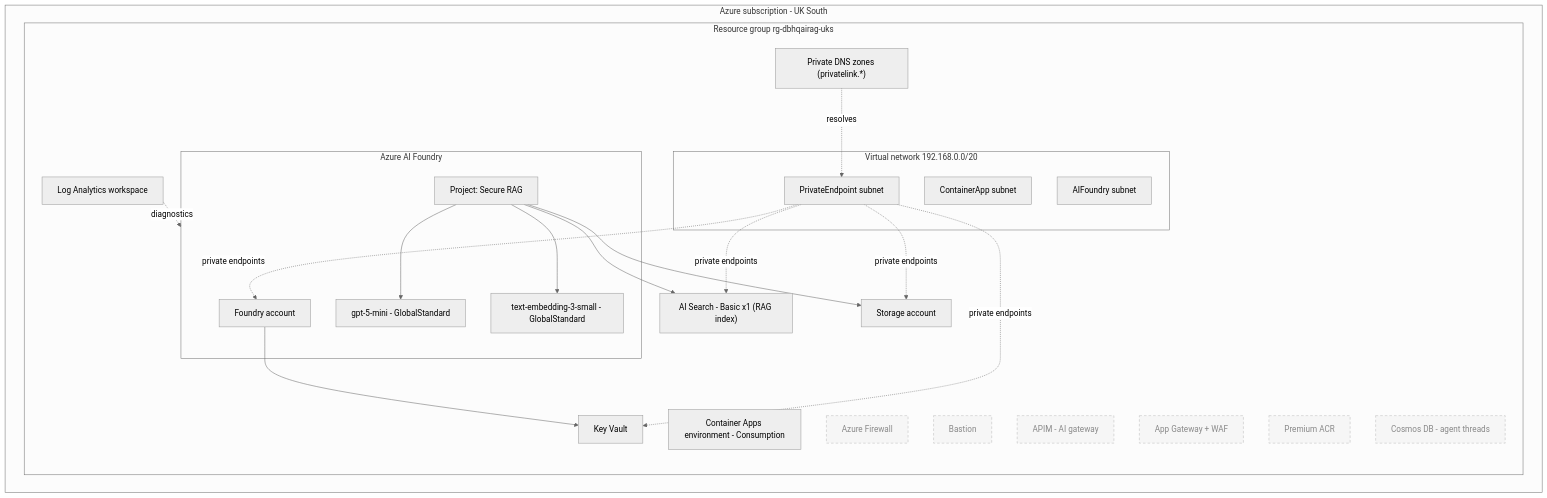
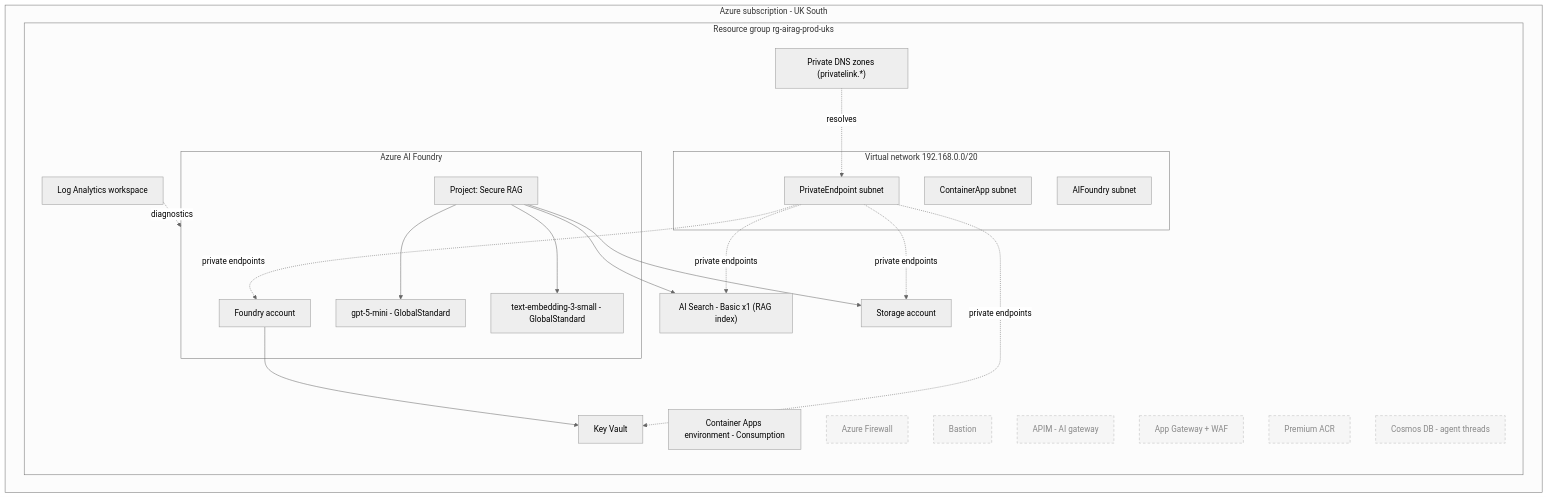
Before and after one commit to dbhq-uk/ai-landing-zone-starter: the diagram in README.md, drawn with Mermaid (neutral theme). The commit also changed other lines of this file and 5 other files, not shown here.

````diff
--- a/README.md
+++ b/README.md
@@ -23,47 +23,47 @@
 ```mermaid
 graph TD
   subgraph SUB["Azure subscription - UK South"]
-    subgraph RG["Resource group rg-dbhqairag-uks"]
+    subgraph RG["Resource group rg-airag-prod-uks"]
       subgraph VNET["Virtual network 192.168.0.0/20"]
         PE["PrivateEndpoint subnet"]
         CAE_SN["ContainerApp subnet"]
         AF_SN["AIFoundry subnet"]
       end
 
       subgraph FOUNDRY["Azure AI Foundry"]
         ACCT["Foundry account"]
         PROJ["Project: Secure RAG"]
         GPT["gpt-5-mini - GlobalStandard"]
         EMB["text-embedding-3-small - GlobalStandard"]
       end
 
       SEARCH["AI Search - Basic x1 (RAG index)"]
       KV["Key Vault"]
       STG["Storage account"]
       CAE["Container Apps environment - Consumption"]
       LAW["Log Analytics workspace"]
       DNS["Private DNS zones (privatelink.*)"]
 
       FW["Azure Firewall"]:::off
       BAS["Bastion"]:::off
       APIM["APIM - AI gateway"]:::off
       AGW["App Gateway + WAF"]:::off
       ACR["Premium ACR"]:::off
       COSMOS["Cosmos DB - agent threads"]:::off
     end
   end
 
   PROJ --> GPT
   PROJ --> EMB
   PROJ --> SEARCH
   PROJ --> STG
   ACCT --> KV
   PE -. private endpoints .-> ACCT
   PE -. private endpoints .-> SEARCH
   PE -. private endpoints .-> KV
   PE -. private endpoints .-> STG
   DNS -. resolves .-> PE
   LAW -. diagnostics .-> FOUNDRY
 
   classDef off fill:#f6f6f6,stroke:#bbb,stroke-dasharray:5 4,color:#888;
 ```
````
